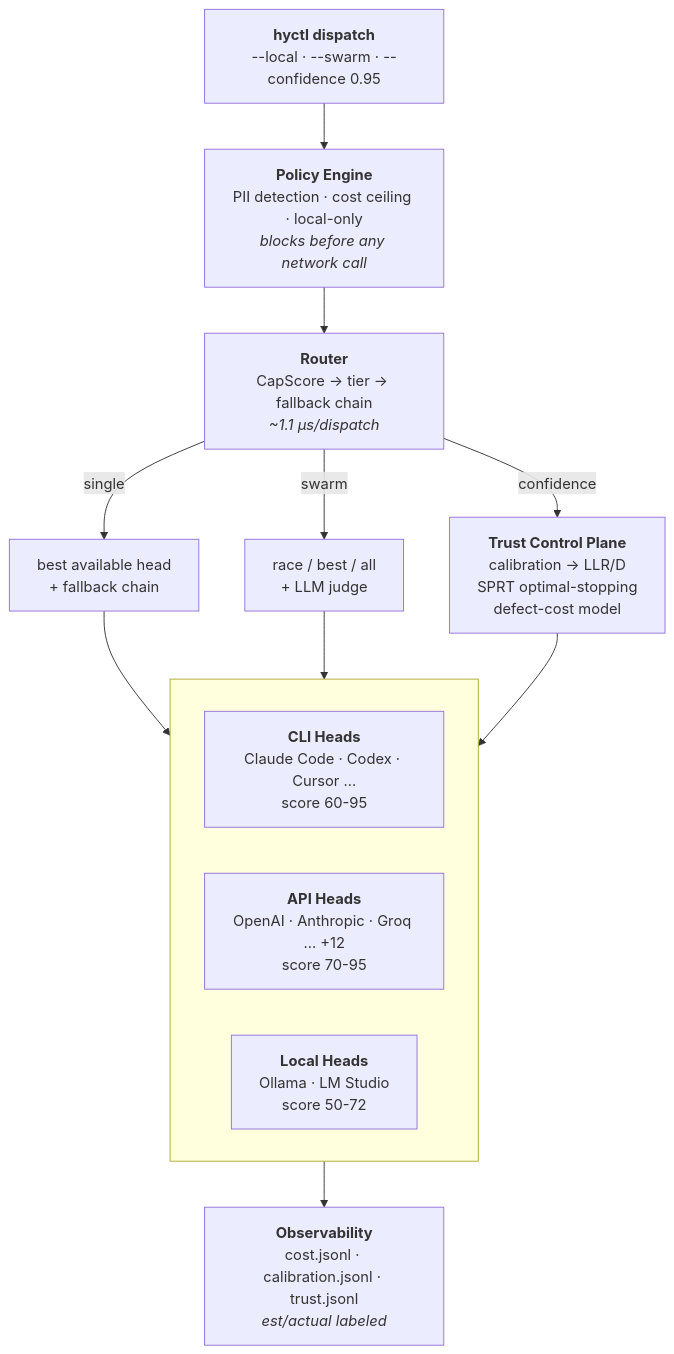
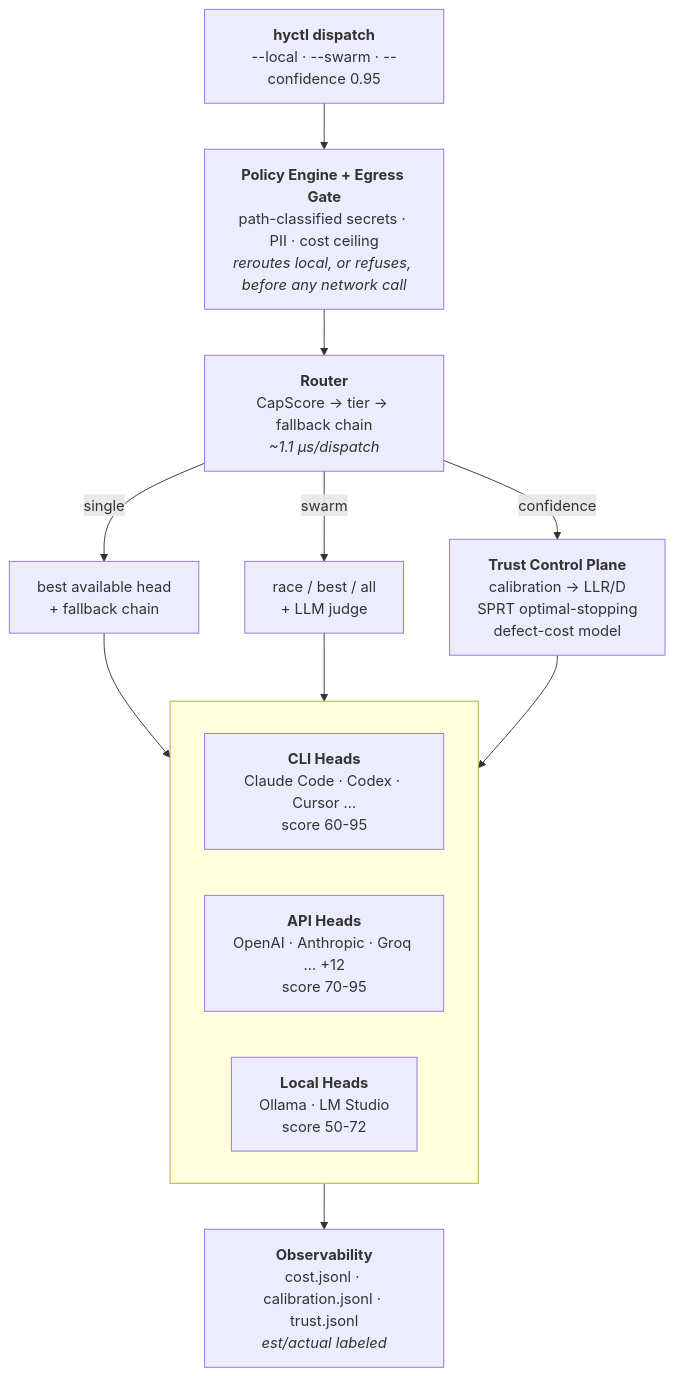
Before and after one commit to ankit373/hydra: the diagram in README.md, drawn with Mermaid. The commit also changed other lines of this file and 506 other files, not shown here.

````diff
--- a/README.md
+++ b/README.md
@@ -78,22 +78,22 @@
 ```mermaid
 flowchart TD
     A["<b>hyctl dispatch</b><br/>--local · --swarm · --confidence 0.95"] --> B
-    B["<b>Policy Engine</b><br/>PII detection · cost ceiling · local-only<br/><i>blocks before any network call</i>"] --> C
+    B["<b>Policy Engine + Egress Gate</b><br/>path-classified secrets · PII · cost ceiling<br/><i>reroutes local, or refuses, before any network call</i>"] --> C
     C["<b>Router</b><br/>CapScore → tier → fallback chain<br/><i>~1.1 µs/dispatch</i>"]
 
     C -->|single| E["best available head<br/>+ fallback chain"]
     C -->|swarm| F["race / best / all<br/>+ LLM judge"]
     C -->|confidence| G["<b>Trust Control Plane</b><br/>calibration → LLR/D<br/>SPRT optimal-stopping<br/>defect-cost model"]
 
     subgraph Heads [" "]
         direction LR
         CLI["<b>CLI Heads</b><br/>Claude Code · Codex · Cursor …<br/>score 60-95"]
         API["<b>API Heads</b><br/>OpenAI · Anthropic · Groq … +12<br/>score 70-95"]
         LOC["<b>Local Heads</b><br/>Ollama · LM Studio<br/>score 50-72"]
     end
 
     E --> Heads
     F --> Heads
     G --> Heads
     Heads --> J["<b>Observability</b><br/>cost.jsonl · calibration.jsonl · trust.jsonl<br/><i>est/actual labeled</i>"]
 ```
````
